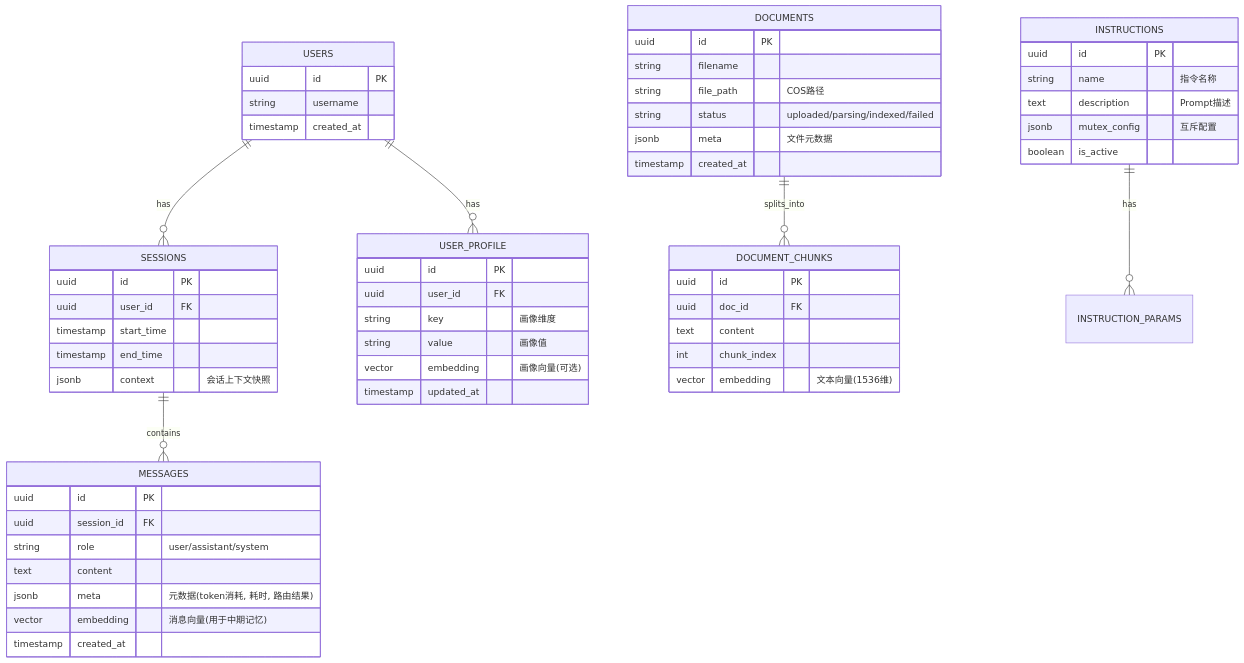
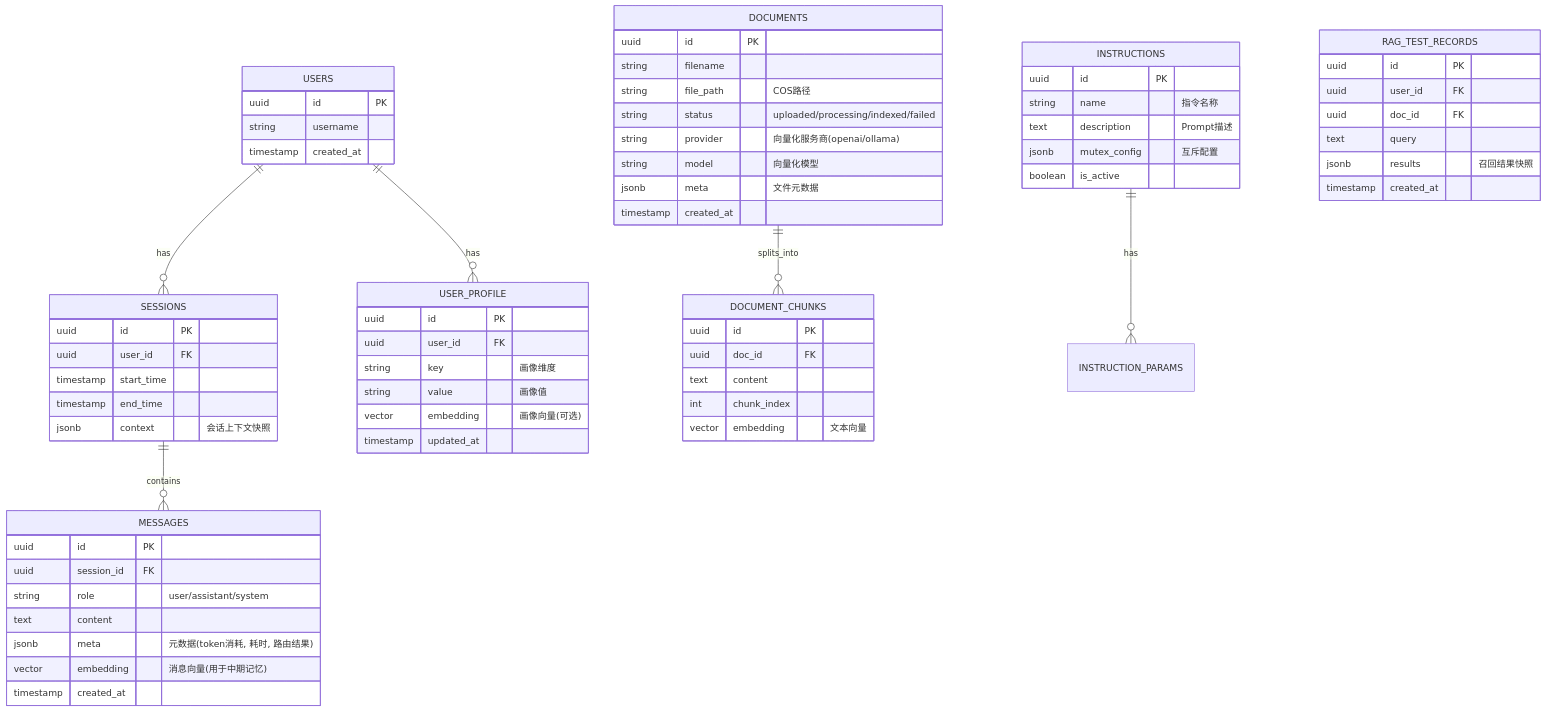
Before and after one commit to WangShaoyu1/audio_ai: the second of 3 diagrams in docs/AI语音语义理解模块 - 技术设计说明书_v2.0.md, drawn with Mermaid. The commit also changed other lines of this file and 33 other files, not shown here.

````diff
--- a/docs/AI语音语义理解模块 - 技术设计说明书_v2.0.md
+++ b/docs/AI语音语义理解模块 - 技术设计说明书_v2.0.md
@@ -105,66 +120,77 @@
 ```mermaid
 erDiagram
     USERS ||--o{ SESSIONS : has
     USERS ||--o{ USER_PROFILE : has
     SESSIONS ||--o{ MESSAGES : contains
     DOCUMENTS ||--o{ DOCUMENT_CHUNKS : splits_into
     INSTRUCTIONS ||--o{ INSTRUCTION_PARAMS : has
 
     USERS {
         uuid id PK
         string username
         timestamp created_at
     }
 
     USER_PROFILE {
         uuid id PK
         uuid user_id FK
         string key "画像维度"
         string value "画像值"
         vector embedding "画像向量(可选)"
         timestamp updated_at
     }
 
     SESSIONS {
         uuid id PK
         uuid user_id FK
         timestamp start_time
         timestamp end_time
         jsonb context "会话上下文快照"
     }
 
     MESSAGES {
         uuid id PK
         uuid session_id FK
         string role "user/assistant/system"
         text content
         jsonb meta "元数据(token消耗, 耗时, 路由结果)"
         vector embedding "消息向量(用于中期记忆)"
         timestamp created_at
     }
 
     DOCUMENTS {
         uuid id PK
         string filename
         string file_path "COS路径"
-        string status "uploaded/parsing/indexed/failed"
+        string status "uploaded/processing/indexed/failed"
+        string provider "向量化服务商(openai/ollama)"
+        string model "向量化模型"
         jsonb meta "文件元数据"
         timestamp created_at
     }
 
     DOCUMENT_CHUNKS {
         uuid id PK
         uuid doc_id FK
         text content
         int chunk_index
-        vector embedding "文本向量(1536维)"
+        vector embedding "文本向量"
+    }
+    
+    RAG_TEST_RECORDS {
+        uuid id PK
+        uuid user_id FK
+        uuid doc_id FK
+        text query
+        jsonb results "召回结果快照"
+        timestamp created_at
     }
     
     INSTRUCTIONS {
         uuid id PK
         string name "指令名称"
         text description "Prompt描述"
         jsonb mutex_config "互斥配置"
         boolean is_active
     }
 ```
````
